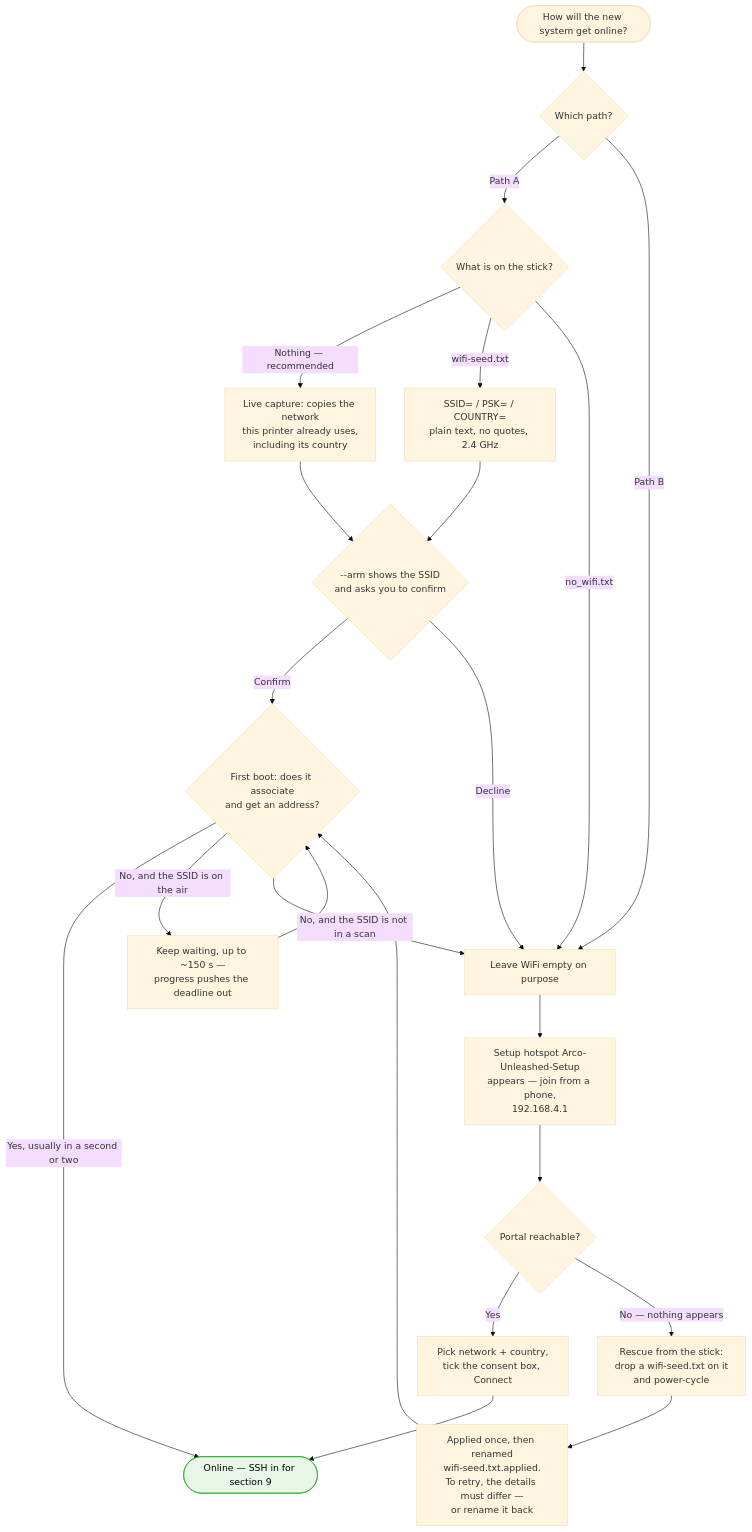
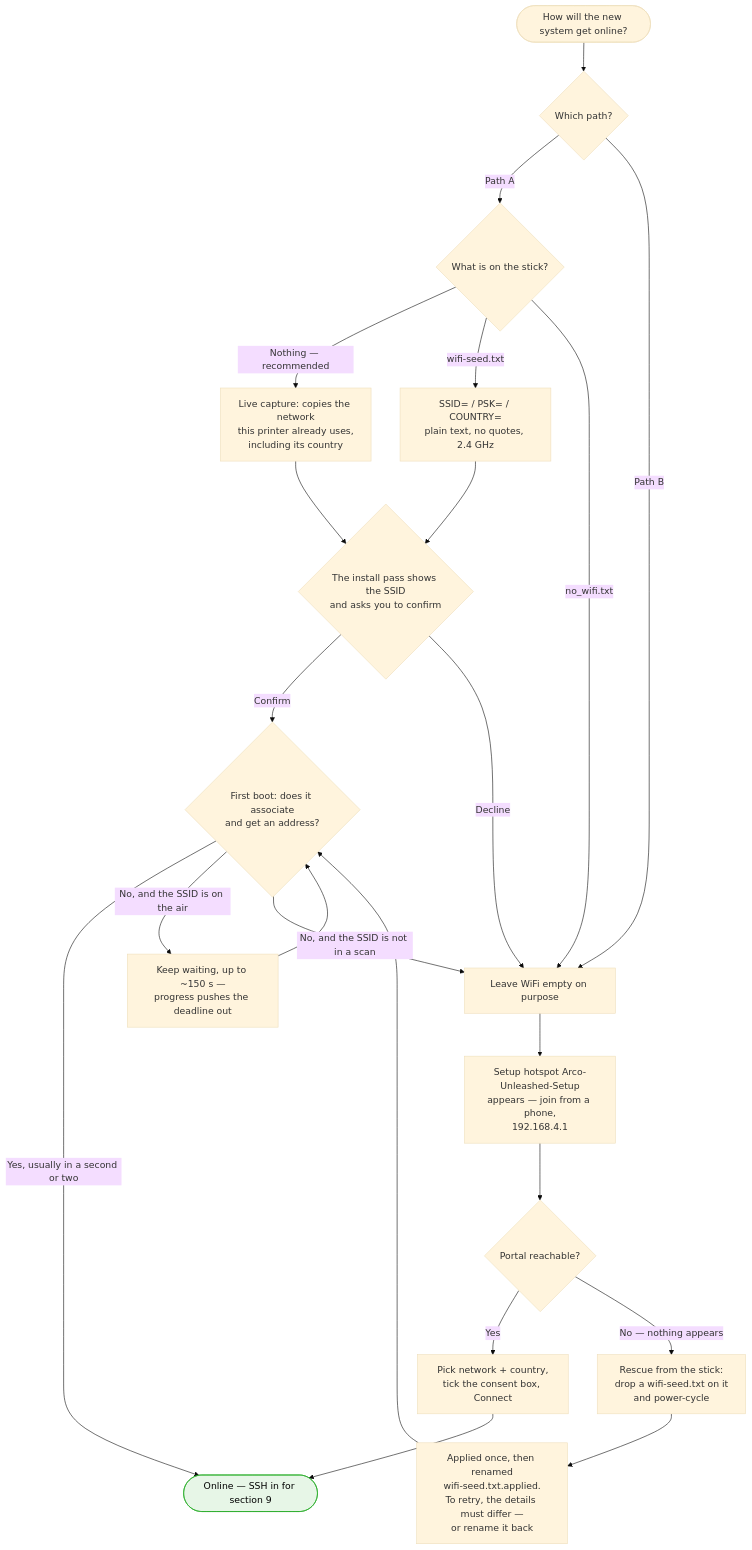
Before and after one commit to solutionphil/arco-unleashed: the seventh of 16 diagrams in INSTALL-FLOWCHARTS.md, drawn with Mermaid (base theme). The commit also changed other lines of this file and 11 other files, not shown here.

````diff
--- a/INSTALL-FLOWCHARTS.md
+++ b/INSTALL-FLOWCHARTS.md
@@ -248,30 +254,30 @@
 ```mermaid
 flowchart TD
     W0(["How will the new system get online?"]) --> W1{"Which path?"}
 
     W1 -->|"Path A"| C1{"What is on the stick?"}
     C1 -->|"Nothing — recommended"| L["Live capture: copies the network<br/>this printer already uses,<br/>including its country"]
     C1 -->|"wifi-seed.txt"| SD["SSID= / PSK= / COUNTRY=<br/>plain text, no quotes, 2.4 GHz"]
     C1 -->|"no_wifi.txt"| NW["Leave WiFi empty on purpose"]
-    L --> CONF{"--arm shows the SSID<br/>and asks you to confirm"}
+    L --> CONF{"The install pass shows the SSID<br/>and asks you to confirm"}
     SD --> CONF
     CONF -->|"Confirm"| TRY
     CONF -->|"Decline"| NW
 
     W1 -->|"Path B"| NW
 
     TRY{"First boot: does it associate<br/>and get an address?"}
     TRY -->|"Yes, usually in a second or two"| OK(["Online — SSH in for section 9"])
     TRY -->|"No, and the SSID is on the air"| WAIT["Keep waiting, up to ~150 s —<br/>progress pushes the deadline out"] --> TRY
     TRY -->|"No, and the SSID is not in a scan"| NW
 
     NW --> PORTAL["Setup hotspot Arco-Unleashed-Setup<br/>appears — join from a phone,<br/>192.168.4.1"]
     PORTAL --> PSEL{"Portal reachable?"}
     PSEL -->|"Yes"| PDO["Pick network + country,<br/>tick the consent box, Connect"] --> OK
     PSEL -->|"No — nothing appears"| RESCUE["Rescue from the stick:<br/>drop a wifi-seed.txt on it<br/>and power-cycle"]
     RESCUE --> RN["Applied once, then renamed<br/>wifi-seed.txt.applied.<br/>To retry, the details must differ —<br/>or rename it back"]
     RN --> TRY
 
     classDef okay fill:#e7f6e7,stroke:#22aa22,color:#000
     class OK okay
 ```
````
